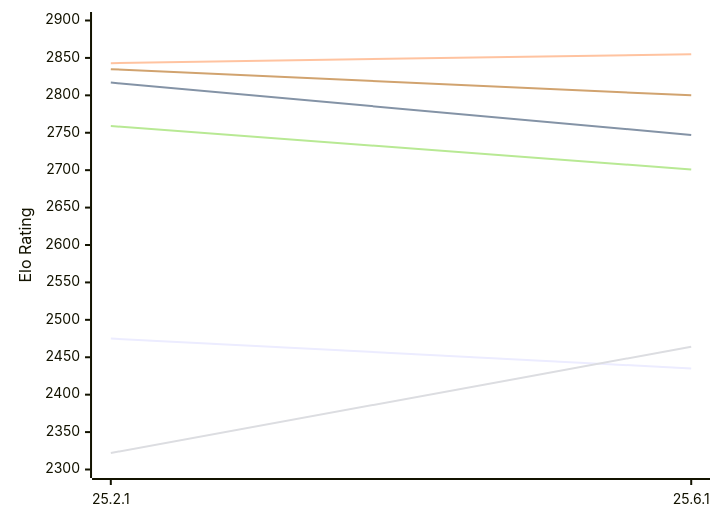
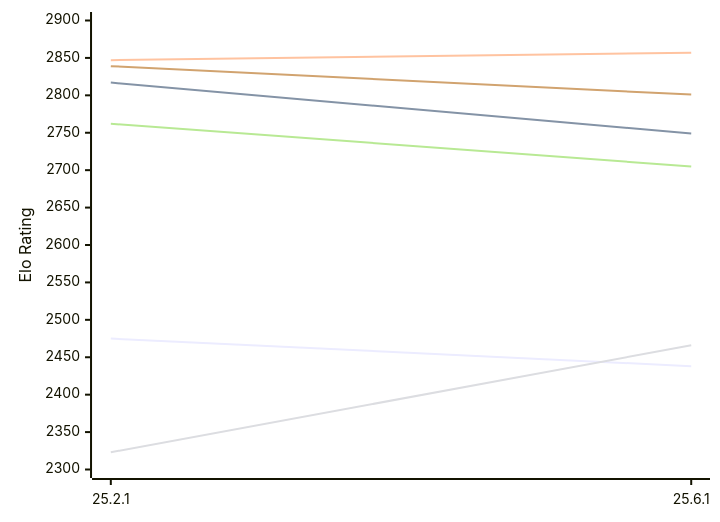
The first of 2 diagrams in engines/Crafty.md (computer-chess-index/cci), drawn with Mermaid before and after one commit. The commit also changed other lines of this file, not shown here.

Commit message:
Update CCI Ratings (ELO VLTC) - 2026-11-24

````diff
--- a/engines/Crafty.md
+++ b/engines/Crafty.md
@@ -50,12 +50,12 @@
 ```mermaid
 %%{init: {"theme":"base","themeVariables":{"seriesColors:['#a3a3a3','#222221','#faa371']}}}%%
 xychart-beta
   x-axis ["25.2.1", "25.6.1"]
   y-axis "Elo Rating" 2300 --> 2900
-  line "E1: STC (8.0+0.08s)" [2475, 2435]
-  line "E1: LTC (60.0+0.60s)" [2817, 2747]
-  line "E1: VLTC (2m24s+1.12s)" [2843, 2855]
-  line "P1: STC (8.0+0.08s)" [2322, 2464]
-  line "P1: LTC (60.0+0.60s)" [2759, 2701]
-  line "P1: VLTC (2m24s+1.12s)" [2835, 2800]
+  line "E1: STC (8.0+0.08s)" [2475, 2438]
+  line "E1: LTC (60.0+0.60s)" [2817, 2749]
+  line "E1: VLTC (2m24s+1.12s)" [2847, 2857]
+  line "P1: STC (8.0+0.08s)" [2323, 2466]
+  line "P1: LTC (60.0+0.60s)" [2762, 2705]
+  line "P1: VLTC (2m24s+1.12s)" [2839, 2801]
 ```
````
